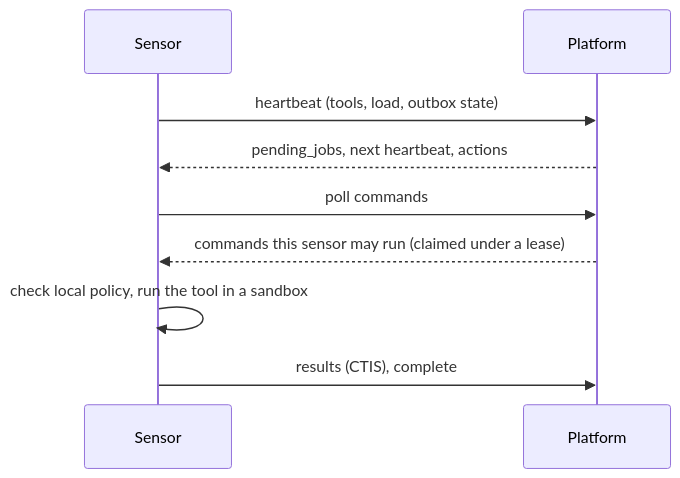
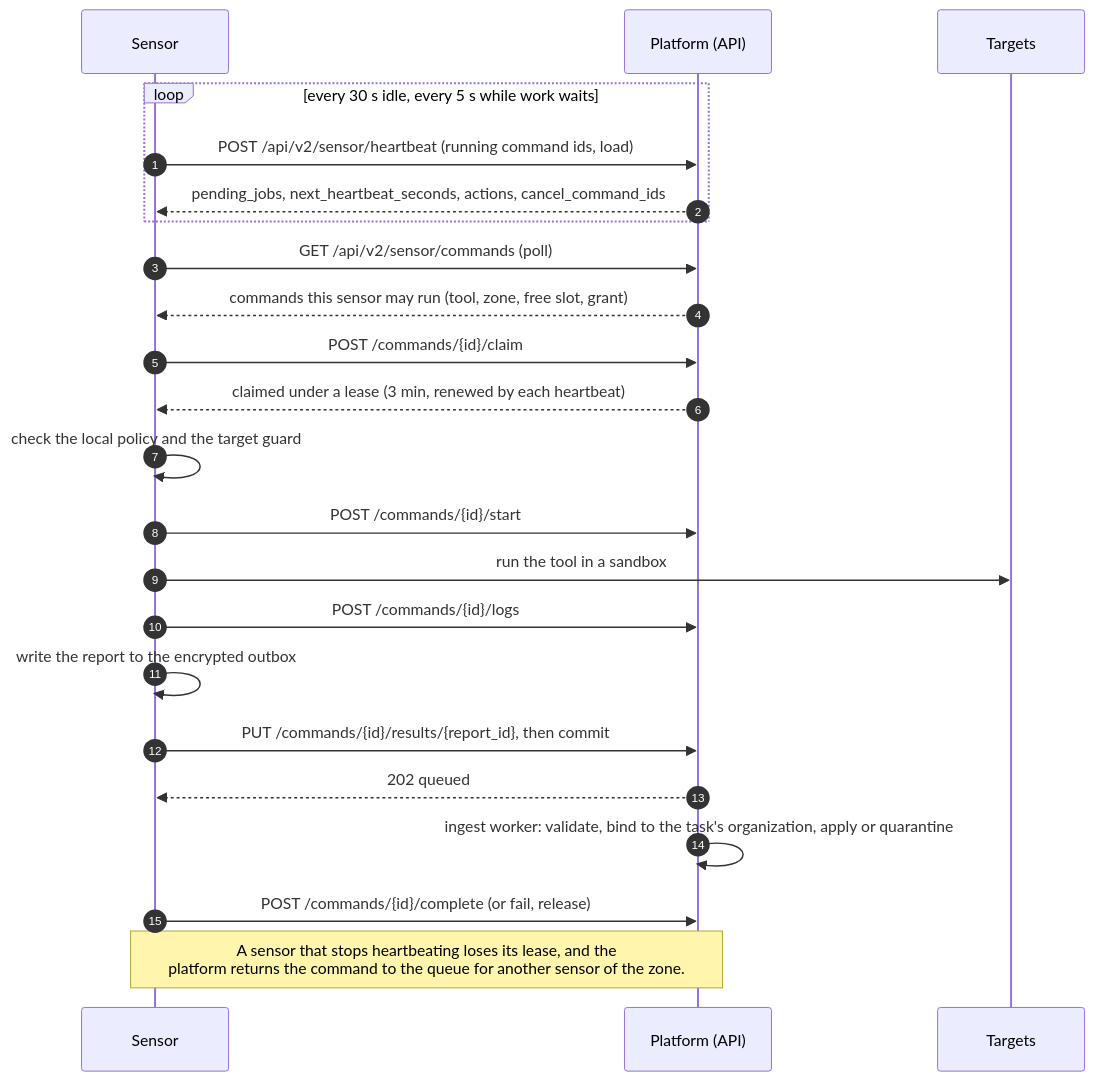
One commit to openctemio/docs changed the diagram in sensors/index.md. Above: the diagram before and after it, drawn with Mermaid. The commit also changed other lines of this file and 13 other files, not shown here.

First line of the commit message:
docs: architecture, flow and data-model diagrams

````diff
--- a/sensors/index.md
+++ b/sensors/index.md
@@ -52,11 +52,25 @@
 ```mermaid
 sequenceDiagram
+    autonumber
     participant S as Sensor
-    participant P as Platform
-    S->>P: heartbeat (tools, load, outbox state)
-    P-->>S: pending_jobs, next heartbeat, actions
-    S->>P: poll commands
-    P-->>S: commands this sensor may run (claimed under a lease)
-    S->>S: check local policy, run the tool in a sandbox
-    S->>P: results (CTIS), complete
+    participant P as Platform (API)
+    participant T as Targets
+    loop every 30 s idle, every 5 s while work waits
+        S->>P: POST /api/v2/sensor/heartbeat (running command ids, load)
+        P-->>S: pending_jobs, next_heartbeat_seconds, actions, cancel_command_ids
+    end
+    S->>P: GET /api/v2/sensor/commands (poll)
+    P-->>S: commands this sensor may run (tool, zone, free slot, grant)
+    S->>P: POST /commands/{id}/claim
+    P-->>S: claimed under a lease (3 min, renewed by each heartbeat)
+    S->>S: check the local policy and the target guard
+    S->>P: POST /commands/{id}/start
+    S->>T: run the tool in a sandbox
+    S->>P: POST /commands/{id}/logs
+    S->>S: write the report to the encrypted outbox
+    S->>P: PUT /commands/{id}/results/{report_id}, then commit
+    P-->>S: 202 queued
+    P->>P: ingest worker: validate, bind to the task's organization, apply or quarantine
+    S->>P: POST /commands/{id}/complete (or fail, release)
+    Note over S,P: A sensor that stops heartbeating loses its lease, and the<br/>platform returns the command to the queue for another sensor of the zone.
 ```
````
